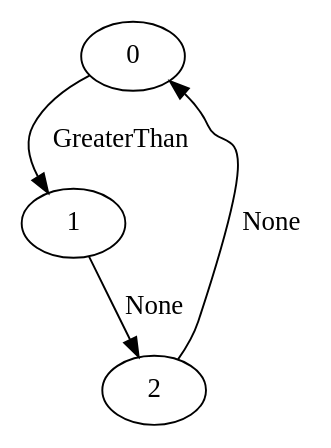
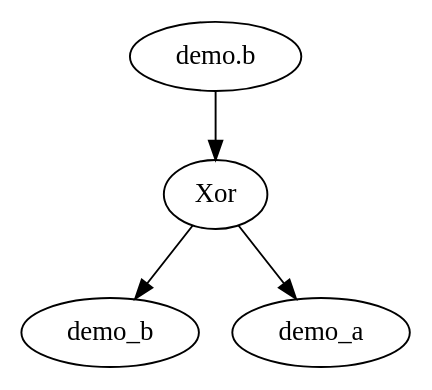
The diagram in file.dot (HWSec-UNC/Sylvia), drawn with Graphviz before and after one commit. The commit also changed 5 other files, not shown here.

```diff
--- a/file.dot
+++ b/file.dot
@@ -1,9 +1,12 @@
 strict digraph "" {
 	node [label="\N"];
-	0	[label=0];
-	1	[label=1];
-	0 -> 1	[label=GreaterThan];
-	2	[label=2];
-	1 -> 2	[label=None];
-	2 -> 0	[label=None];
+	"demo.b_graphrename_0"	[color=black,
+		label="demo.b"];
+	Xor_graphrename_1	[color=black,
+		label=Xor];
+	"demo.b_graphrename_0" -> Xor_graphrename_1	[color=black];
+	demo_b	[color=black];
+	Xor_graphrename_1 -> demo_b	[color=black];
+	demo_a	[color=black];
+	Xor_graphrename_1 -> demo_a	[color=black];
 }
```
